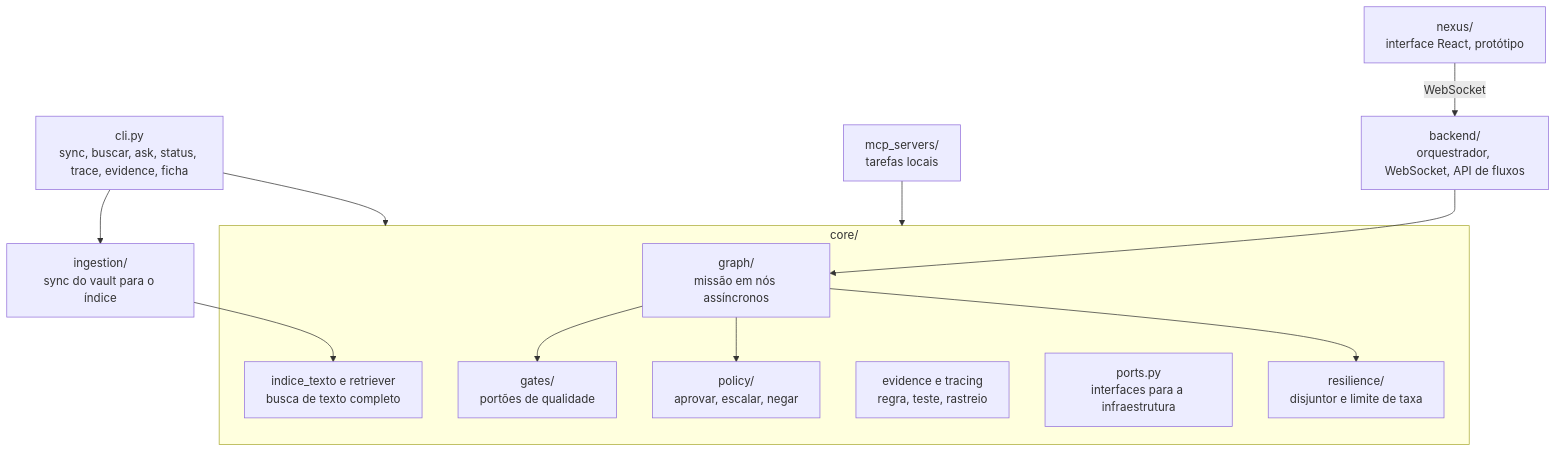
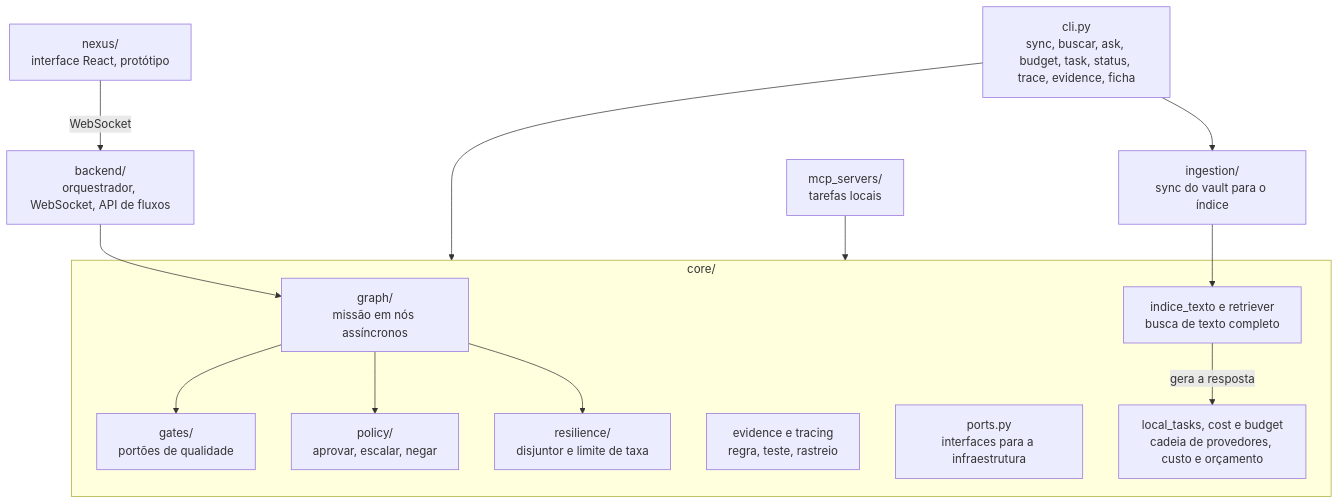
Before and after one commit to HuggsF/second-brain-open: the second of 2 diagrams in fichas/second-brain-open/03-arquitetura.md, drawn with Mermaid. The commit also changed other lines of this file and 9 other files, not shown here.

Commit message:
docs(ficha): ADR da resposta pela cadeia, auditoria e README

````diff
--- a/fichas/second-brain-open/03-arquitetura.md
+++ b/fichas/second-brain-open/03-arquitetura.md
@@ -21,26 +23,28 @@
 ```mermaid
 flowchart TB
-    cli[cli.py<br/>sync, buscar, ask, status, trace, evidence, ficha]
+    cli[cli.py<br/>sync, buscar, ask, budget, task, status, trace, evidence, ficha]
     ingestao[ingestion/<br/>sync do vault para o índice]
     mcp[mcp_servers/<br/>tarefas locais]
     backend[backend/<br/>orquestrador, WebSocket, API de fluxos]
     nexus[nexus/<br/>interface React, protótipo]
     subgraph nucleo[core/]
         grafo[graph/<br/>missão em nós assíncronos]
         portoes[gates/<br/>portões de qualidade]
         politica[policy/<br/>aprovar, escalar, negar]
         resil[resilience/<br/>disjuntor e limite de taxa]
         evid[evidence e tracing<br/>regra, teste, rastreio]
         portas[ports.py<br/>interfaces para a infraestrutura]
         busca[indice_texto e retriever<br/>busca de texto completo]
+        cadeia[local_tasks, cost e budget<br/>cadeia de provedores, custo e orçamento]
     end
     cli --> nucleo
     cli --> ingestao
     ingestao --> busca
     mcp --> nucleo
+    busca -->|gera a resposta| cadeia
     backend --> grafo
     nexus -->|WebSocket| backend
     grafo --> portoes
     grafo --> politica
     grafo --> resil
 ```
````
